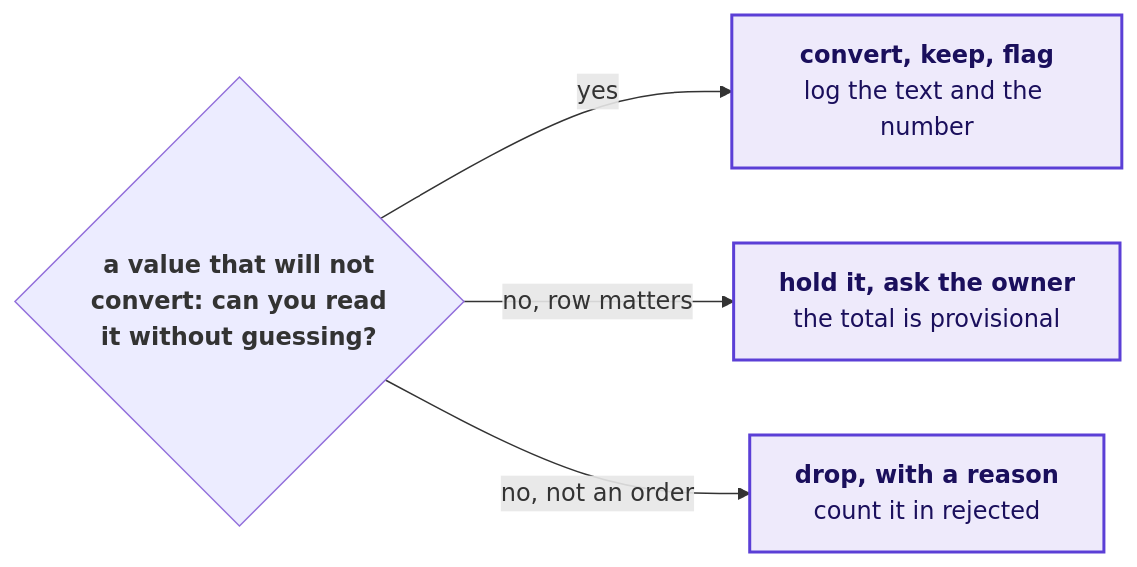
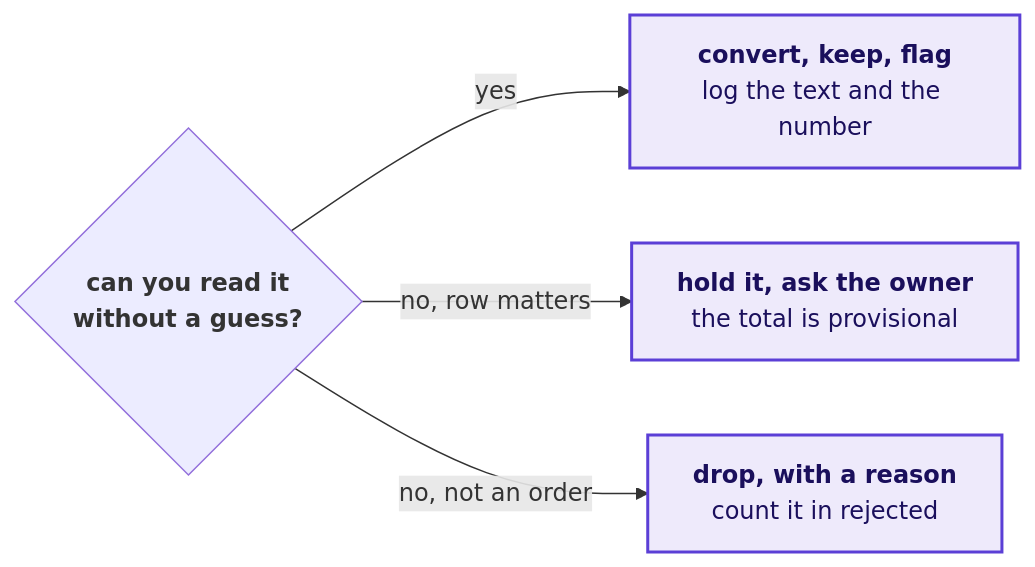
One commit to fde-academy-lab/c2-content-factory changed the sixth of 12 diagrams in content/W01/D5/slides/C2_W01_D05_debrief_STUDENT.md. Above: the diagram before and after it, drawn with Mermaid. The commit also changed other lines of this file and 5 other files, not shown here.

````diff
--- a/content/W01/D5/slides/C2_W01_D05_debrief_STUDENT.md
+++ b/content/W01/D5/slides/C2_W01_D05_debrief_STUDENT.md
@@ -383,8 +515,8 @@
 ```mermaid
 flowchart LR
-    R{"<b>a value that will not<br/>convert: can you read<br/>it without guessing?</b>"} -->|"yes"| K["<b>convert, keep, flag</b><br/>log the text and the number"]
+    R{"<b>can you read it<br/>without a guess?</b>"} -->|"yes"| K["<b>convert, keep, flag</b><br/>log the text and the number"]
     R -->|"no, row matters"| F["<b>hold it, ask the owner</b><br/>the total is provisional"]
     R -->|"no, not an order"| D["<b>drop, with a reason</b><br/>count it in rejected"]
     classDef known fill:#EEEAFB,stroke:#5B3FD6,color:#1A0F5C,stroke-width:2px
     class K,F,D known
 ```
````
